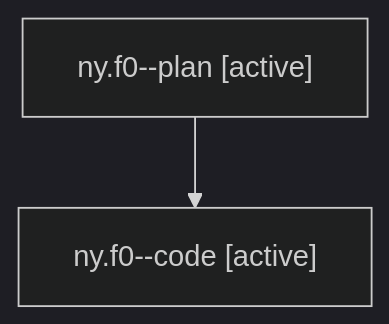
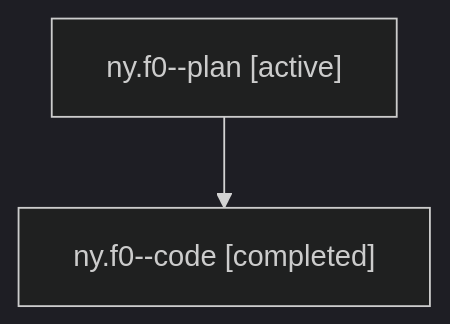
Before and after one commit to sase-org/sase--agents: the diagram in families/bbugyi200.athena.ny.f0.md, drawn with Mermaid (dark theme). The commit also changed other lines of this file and 5813 other files, not shown here.

````diff
--- a/families/bbugyi200.athena.ny.f0.md
+++ b/families/bbugyi200.athena.ny.f0.md
@@ -9,6 +9,6 @@
 ```mermaid
 flowchart TD
   n0["ny.f0--plan [active]"]
-  n1["ny.f0--code [active]"]
+  n1["ny.f0--code [completed]"]
   n0 --> n1
 ```
````
